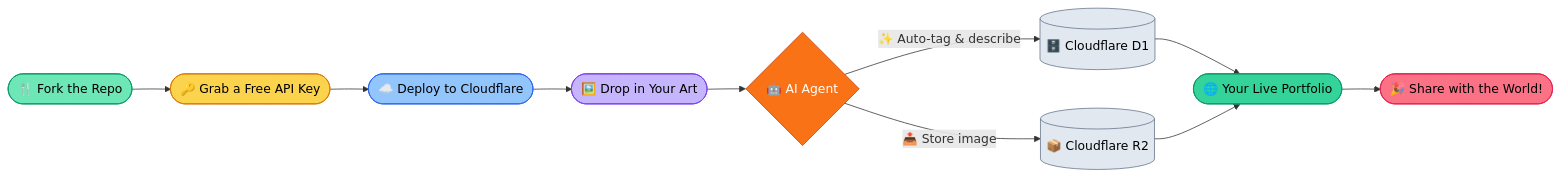
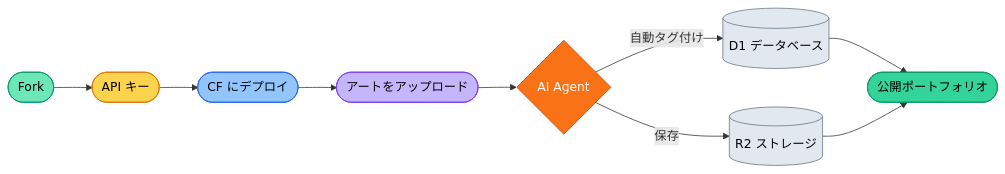
The diagram in README_JA.md (danielw-sudo/AIGC-portfolio), drawn with Mermaid before and after one commit. The commit also changed other lines of this file and 18 other files, not shown here.

````diff
--- a/README_JA.md
+++ b/README_JA.md
@@ -30,21 +31,19 @@
 ```mermaid
 graph LR
-    A([🍴 Fork the Repo]) --> B([🔑 Grab a Free API Key])
-    B --> C([☁️ Deploy to Cloudflare])
-    C --> D([🖼️ Drop in Your Art])
-    D --> E{🤖 AI Agent}
-    E -->|✨ Auto-tag & describe| F[(🗄️ Cloudflare D1)]
-    E -->|📤 Store image| G[(📦 Cloudflare R2)]
-    F & G --> H([🌐 Your Live Portfolio])
-    H --> I([🎉 Share with the World!])
+    A([Fork]) --> B([API キー])
+    B --> C([CF にデプロイ])
+    C --> D([アートをアップロード])
+    D --> E{AI Agent}
+    E -->|自動タグ付け| F[(D1 データベース)]
+    E -->|保存| G[(R2 ストレージ)]
+    F & G --> H([公開ポートフォリオ])
 
     style A fill:#6ee7b7,stroke:#059669,color:#000
     style B fill:#fcd34d,stroke:#d97706,color:#000
     style C fill:#93c5fd,stroke:#2563eb,color:#000
     style D fill:#c4b5fd,stroke:#7c3aed,color:#000
     style E fill:#f97316,stroke:#c2410c,color:#fff
     style F fill:#e2e8f0,stroke:#64748b,color:#000
     style G fill:#e2e8f0,stroke:#64748b,color:#000
     style H fill:#34d399,stroke:#059669,color:#000
-    style I fill:#fb7185,stroke:#e11d48,color:#000
 ```
````
